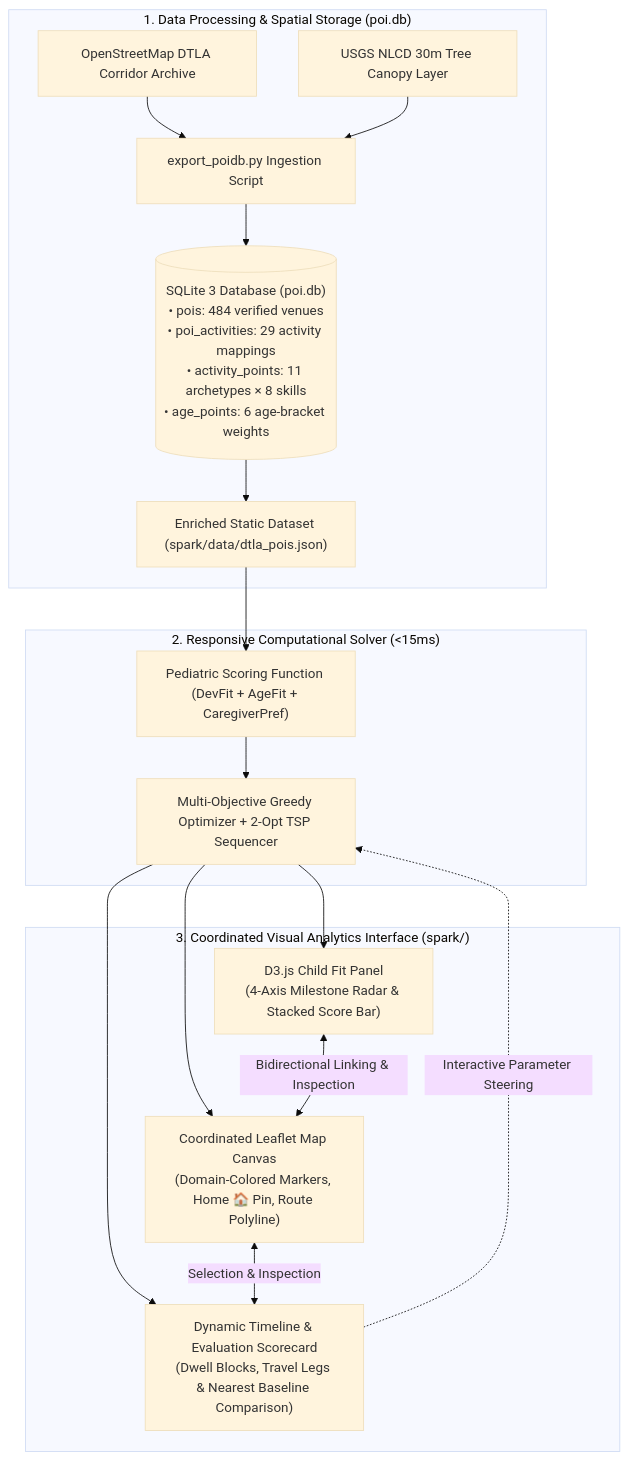
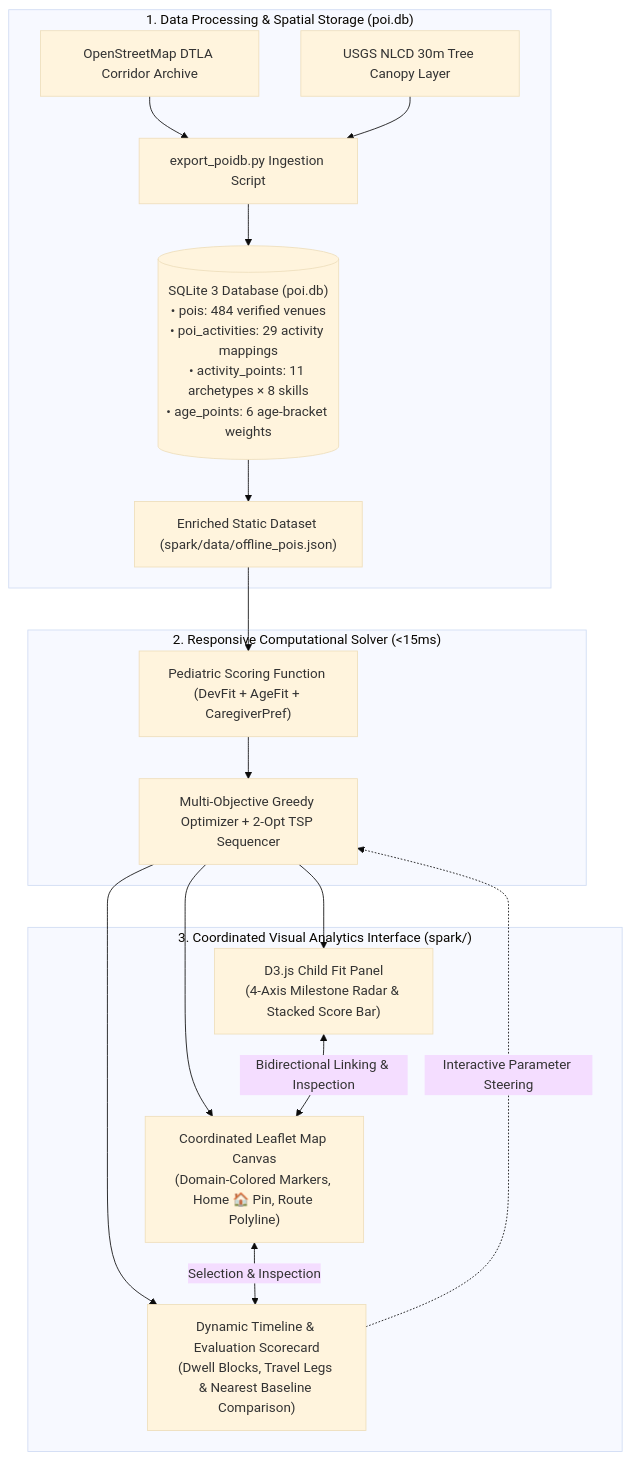
The second of 3 diagrams in projectwork/docs/progress_report.md (manoj-android/cse-6242-project), drawn with Mermaid (base theme) before and after one commit. The commit also changed other lines of this file and 37 other files, not shown here.

````diff
--- a/projectwork/docs/progress_report.md
+++ b/projectwork/docs/progress_report.md
@@ -73,31 +73,31 @@
 ```mermaid
 flowchart TD
     subgraph DataPipeline["1. Data Processing & Spatial Storage (poi.db)"]
         OSM["OpenStreetMap DTLA Corridor Archive"] --> ETL["export_poidb.py Ingestion Script"]
         NLCD["USGS NLCD 30m Tree Canopy Layer"] --> ETL
         ETL --> SQL[("SQLite 3 Database (poi.db)
 • pois: 484 verified venues
 • poi_activities: 29 activity mappings
 • activity_points: 11 archetypes × 8 skills
 • age_points: 6 age-bracket weights")]
-        SQL --> JSON["Enriched Static Dataset (spark/data/dtla_pois.json)"]
+        SQL --> JSON["Enriched Static Dataset (spark/data/offline_pois.json)"]
     end
 
     subgraph ComputationEngine["2. Responsive Computational Solver (<15ms)"]
         JSON --> SCORE["Pediatric Scoring Function (DevFit + AgeFit + CaregiverPref)"]
         SCORE --> SOLVER["Multi-Objective Greedy Optimizer + 2-Opt TSP Sequencer"]
     end
 
     subgraph VisualInterface["3. Coordinated Visual Analytics Interface (spark/)"]
         SOLVER --> MAP["Coordinated Leaflet Map Canvas
 (Domain-Colored Markers, Home 🏠 Pin, Route Polyline)"]
         SOLVER --> FIT["D3.js Child Fit Panel
 (4-Axis Milestone Radar & Stacked Score Bar)"]
         SOLVER --> AGENDA["Dynamic Timeline & Evaluation Scorecard
 (Dwell Blocks, Travel Legs & Nearest Baseline Comparison)"]
 
         FIT <-->|Bidirectional Linking & Inspection| MAP
         MAP <-->|Selection & Inspection| AGENDA
         AGENDA -.->|Interactive Parameter Steering| SOLVER
     end
 ```
````
